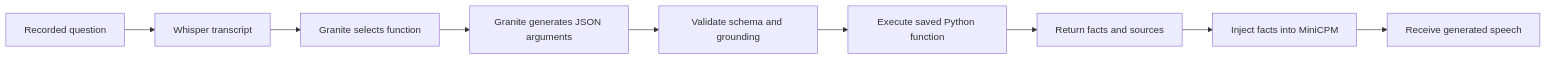
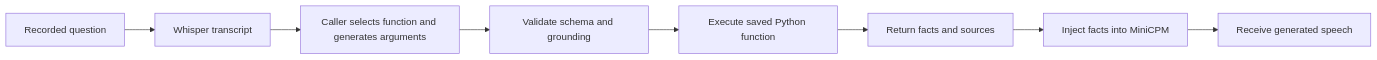
Before and after one commit to smfabrar/minicpm_study: the diagram in docs/TOOL_DESIGNER.md, drawn with Mermaid. The commit also changed other lines of this file and 24 other files, not shown here.

````diff
--- a/docs/TOOL_DESIGNER.md
+++ b/docs/TOOL_DESIGNER.md
@@ -9,11 +9,10 @@
 ```mermaid
 flowchart LR
     Audio[Recorded question] --> Whisper[Whisper transcript]
-    Whisper --> Route[Granite selects function]
-    Route --> Arguments[Granite generates JSON arguments]
-    Arguments --> Validate[Validate schema and grounding]
+    Whisper --> Route[Caller selects function and generates arguments]
+    Route --> Validate[Validate schema and grounding]
     Validate --> Execute[Execute saved Python function]
     Execute --> Facts[Return facts and sources]
     Facts --> MiniCPM[Inject facts into MiniCPM]
     MiniCPM --> Output[Receive generated speech]
 ```
````
